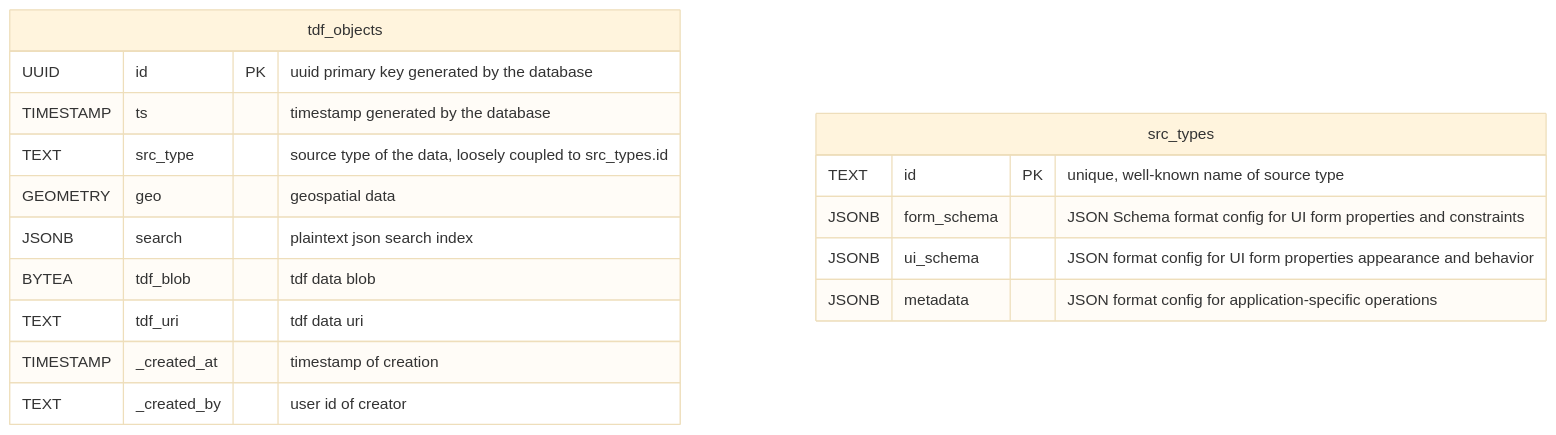
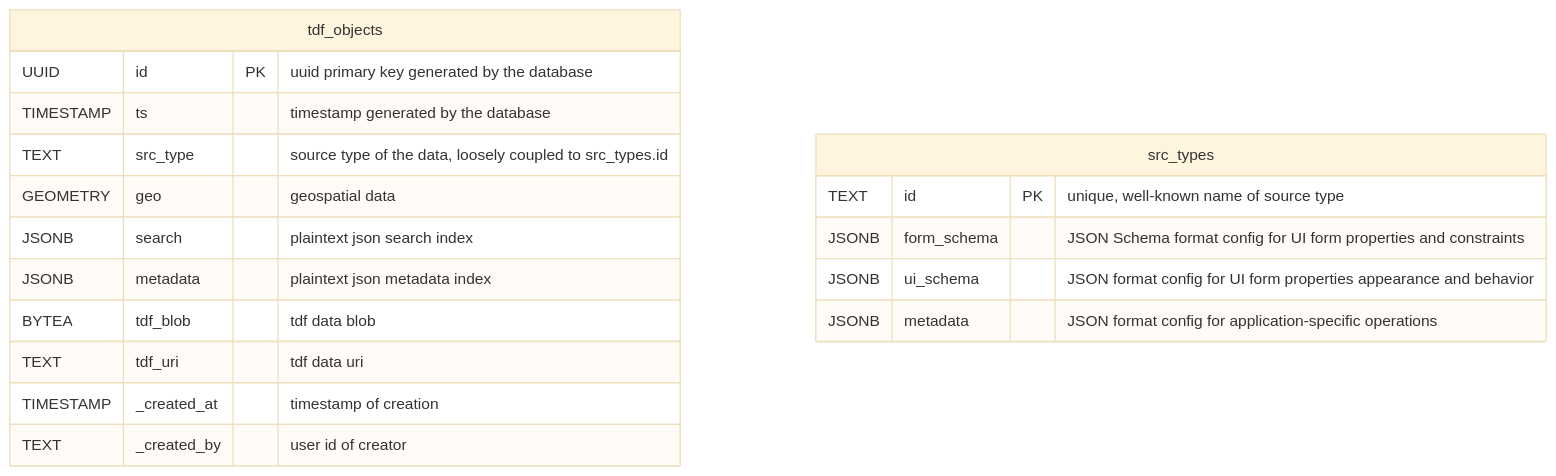
The diagram in common-operating-picture/db/entityRelationshipDiagram.md (virtru/virtru-corportation-samples), drawn with Mermaid (base theme) before and after one commit. The commit also changed 91 other files, not shown here.

````diff
--- a/common-operating-picture/db/entityRelationshipDiagram.md
+++ b/common-operating-picture/db/entityRelationshipDiagram.md
@@ -3,21 +3,22 @@
 ```mermaid
 erDiagram
     tdf_objects {
         UUID id PK "uuid primary key generated by the database"
         TIMESTAMP ts "timestamp generated by the database"
         TEXT src_type "source type of the data, loosely coupled to src_types.id"
         GEOMETRY geo "geospatial data"
         JSONB search "plaintext json search index"
+        JSONB metadata "plaintext json metadata index"
         BYTEA tdf_blob "tdf data blob"
         TEXT tdf_uri "tdf data uri"
         TIMESTAMP _created_at "timestamp of creation"
         TEXT _created_by "user id of creator"
     }
 
     src_types {
         TEXT id PK "unique, well-known name of source type"
         JSONB form_schema "JSON Schema format config for UI form properties and constraints"
         JSONB ui_schema "JSON format config for UI form properties appearance and behavior"
         JSONB metadata "JSON format config for application-specific operations"
     }
 ```
````
